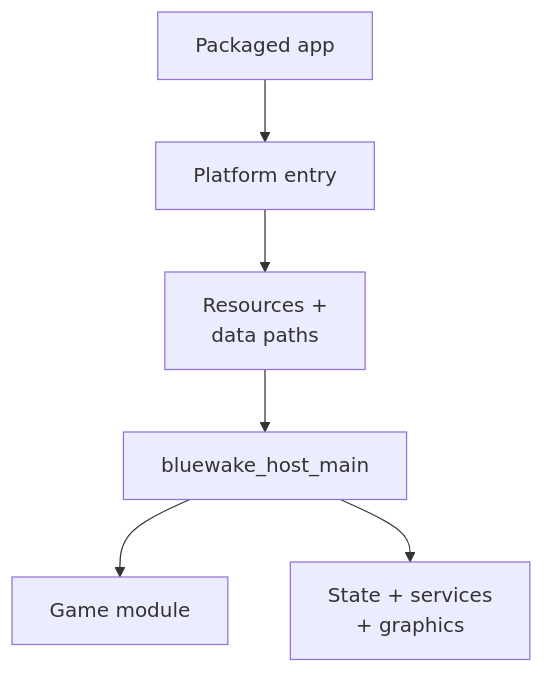
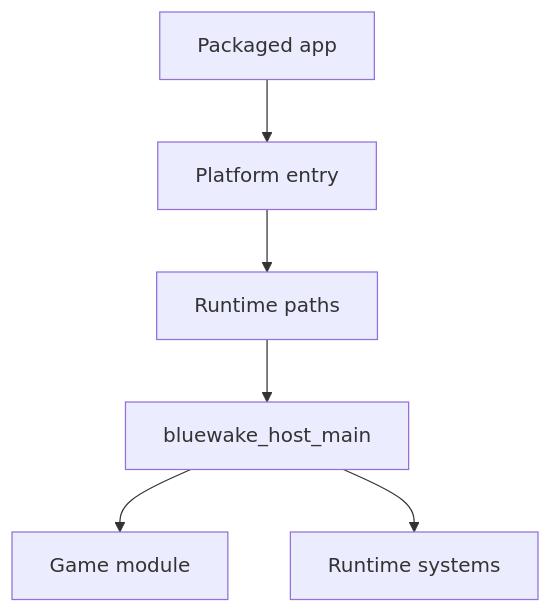
The diagram in docs/architecture/runtime/Host.md (Aelbannan/boat_of_daphnes), drawn with Mermaid before and after one commit. The commit also changed 6 other files, not shown here.

Commit message:
docs: remove clipped Mermaid multiline labels

````diff
--- a/docs/architecture/runtime/Host.md
+++ b/docs/architecture/runtime/Host.md
@@ -19,13 +19,13 @@
 ```mermaid
 flowchart TD
     Package["Packaged app"]
     Entry["Platform entry"]
-    Paths["Resources +<br/>data paths"]
+    Paths["Runtime paths"]
     Host["bluewake_host_main"]
     Module["Game module"]
-    Runtime["State + services<br/>+ graphics"]
+    Runtime["Runtime systems"]
 
     Package --> Entry --> Paths --> Host
     Host --> Module
     Host --> Runtime
 ```
````
